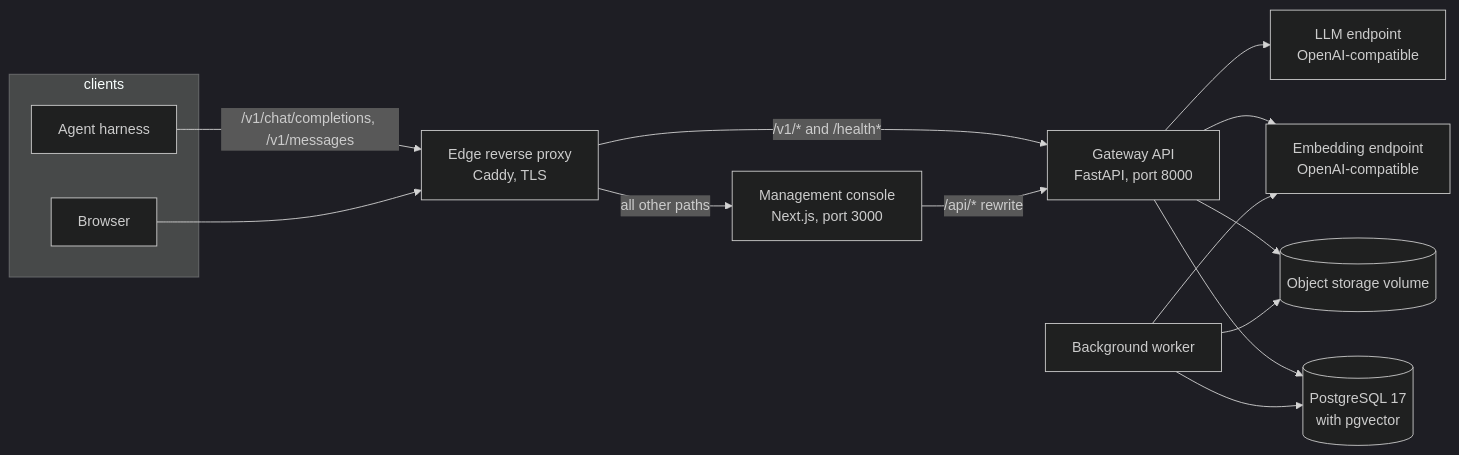
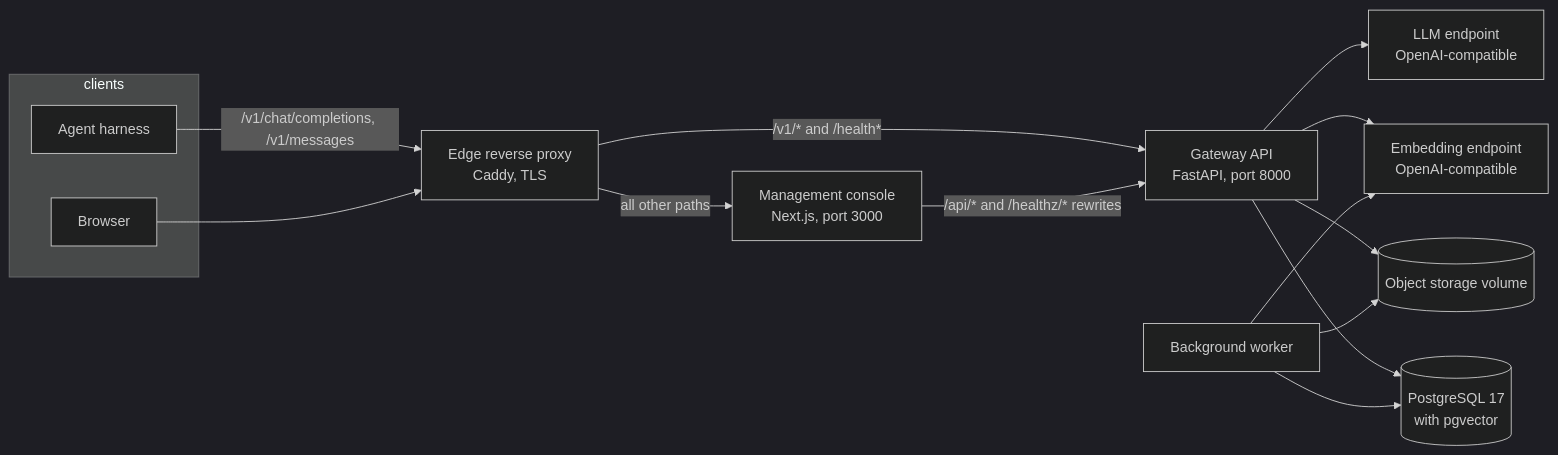
The diagram in README.md (newnonsick/OpenKnowledge), drawn with Mermaid (dark theme) before and after one commit. The commit also changed other lines of this file and 1 other file, not shown here.

````diff
--- a/README.md
+++ b/README.md
@@ -40,28 +39,28 @@
 ```mermaid
 flowchart LR
     subgraph clients
         Agent[Agent harness]
         Browser[Browser]
     end
     Edge[Edge reverse proxy<br/>Caddy, TLS]
     Gateway[Gateway API<br/>FastAPI, port 8000]
     Worker[Background worker]
     Web[Management console<br/>Next.js, port 3000]
     PG[(PostgreSQL 17<br/>with pgvector)]
     Store[(Object storage volume)]
     LLM[LLM endpoint<br/>OpenAI-compatible]
     Emb[Embedding endpoint<br/>OpenAI-compatible]
 
     Agent -->|"/v1/chat/completions, /v1/messages"| Edge
     Browser --> Edge
     Edge -->|"/v1/* and /health*"| Gateway
     Edge -->|all other paths| Web
-    Web -->|"/api/* rewrite"| Gateway
+    Web -->|"/api/* and /healthz/* rewrites"| Gateway
     Gateway --> PG
     Worker --> PG
     Gateway --> Store
     Worker --> Store
     Gateway --> LLM
     Gateway --> Emb
     Worker --> Emb
 ```
````
